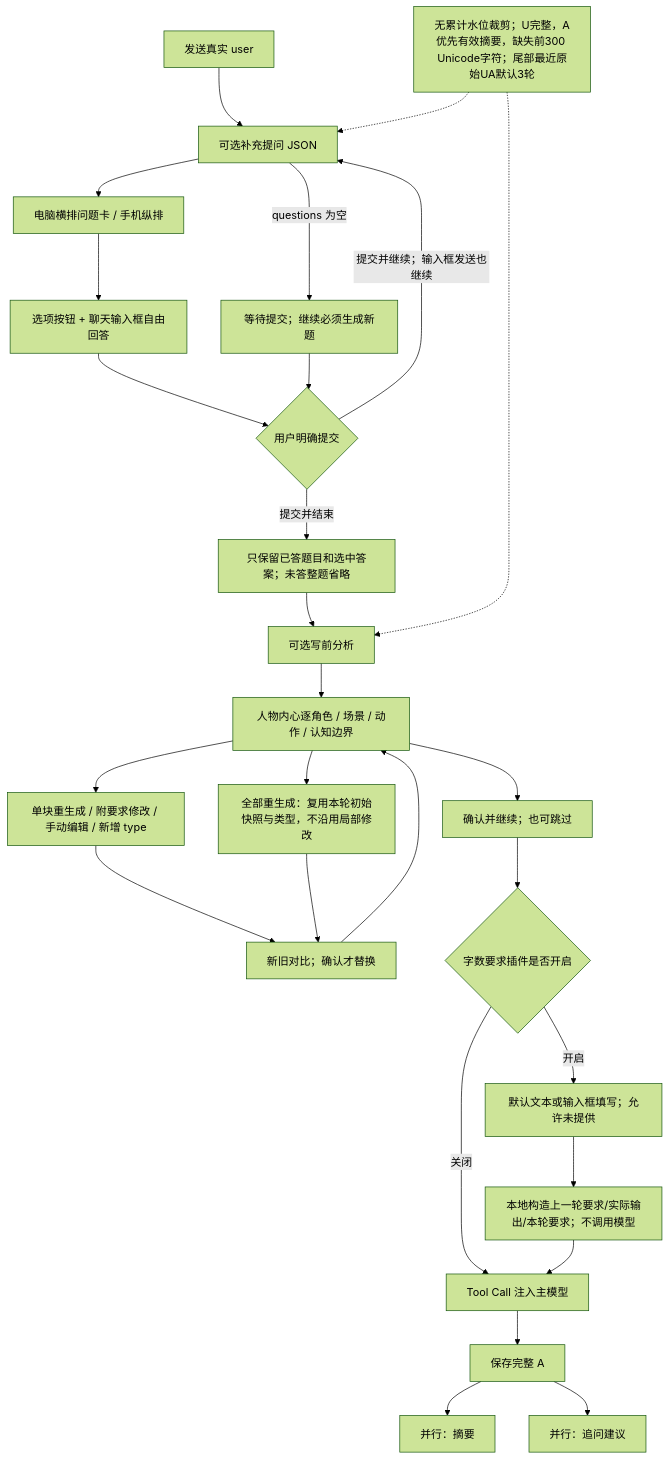
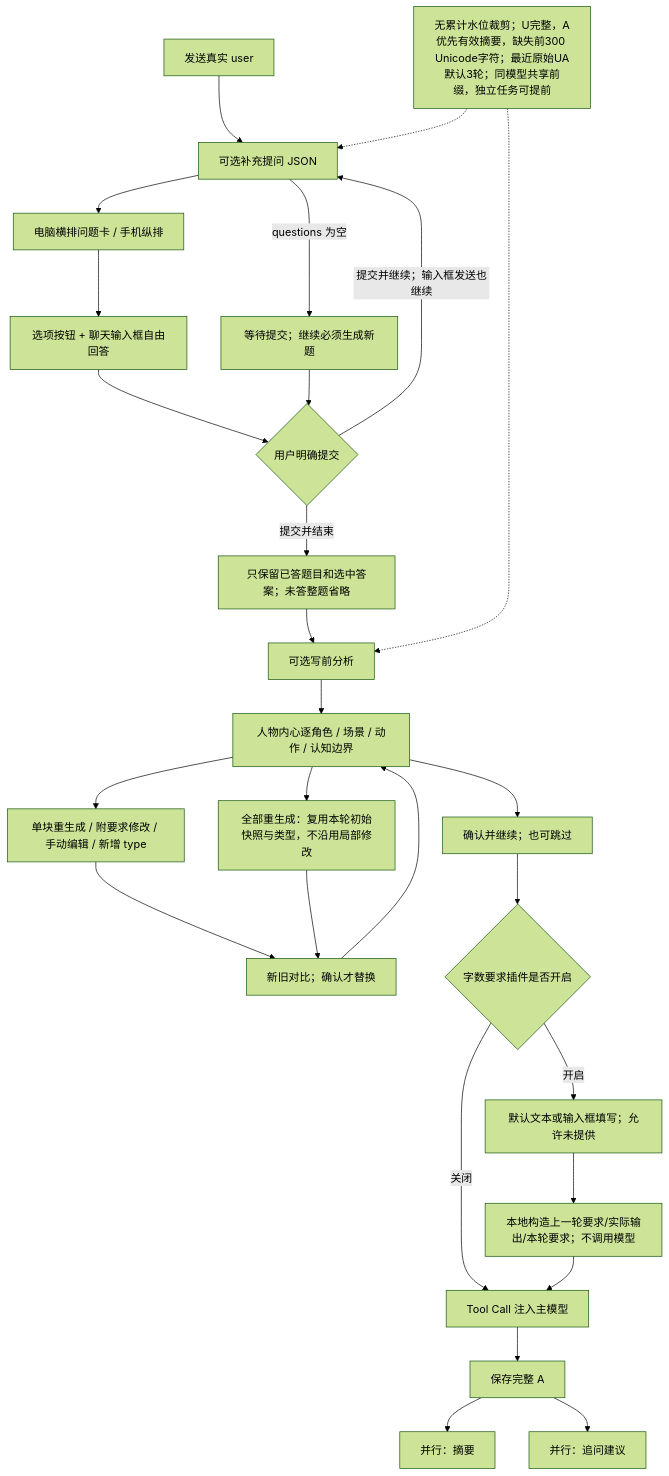
The first of 3 diagrams in docs/PLUGINS.md (ccawmiku/workers-chat), drawn with Mermaid (forest theme) before and after one commit. The commit also changed other lines of this file and 33 other files, not shown here.

````diff
--- a/docs/PLUGINS.md
+++ b/docs/PLUGINS.md
@@ -7,29 +9,29 @@
 ```mermaid
 flowchart TD
   U[发送真实 user] --> C[可选补充提问 JSON]
   C --> Q[电脑横排问题卡 / 手机纵排]
   Q --> A[选项按钮 + 聊天输入框自由回答]
   A --> L{用户明确提交}
   L -->|提交并继续；输入框发送也继续| C
   L -->|提交并结束| Filter[只保留已答题目和选中答案；未答整题省略]
   Filter --> P[可选写前分析]
   C -->|questions 为空| Wait[等待提交；继续必须生成新题]
   Wait --> L
   P --> Blocks[人物内心逐角色 / 场景 / 动作 / 认知边界]
   Blocks --> Edit[单块重生成 / 附要求修改 / 手动编辑 / 新增 type]
   Edit --> Compare[新旧对比；确认才替换]
   Compare --> Blocks
   Blocks --> All[全部重生成：复用本轮初始快照与类型，不沿用局部修改]
   All --> Compare
   Blocks --> Gate[确认并继续；也可跳过]
   Gate --> Length{字数要求插件是否开启}
   Length -->|关闭| Main[Tool Call 注入主模型]
   Length -->|开启| Requirement[默认文本或输入框填写；允许未提供]
   Requirement --> LocalTool[本地构造上一轮要求/实际输出/本轮要求；不调用模型]
   LocalTool --> Main
   Main --> Saved[保存完整 A]
   Saved --> S[并行：摘要]
   Saved --> F[并行：追问建议]
-  W[无累计水位裁剪；U完整，A优先有效摘要，缺失前300 Unicode字符；尾部最近原始UA默认3轮] -.-> C
+  W[无累计水位裁剪；U完整，A优先有效摘要，缺失前300 Unicode字符；最近原始UA默认3轮；同模型共享前缀，独立任务可提前] -.-> C
   W -.-> P
 ```
````
